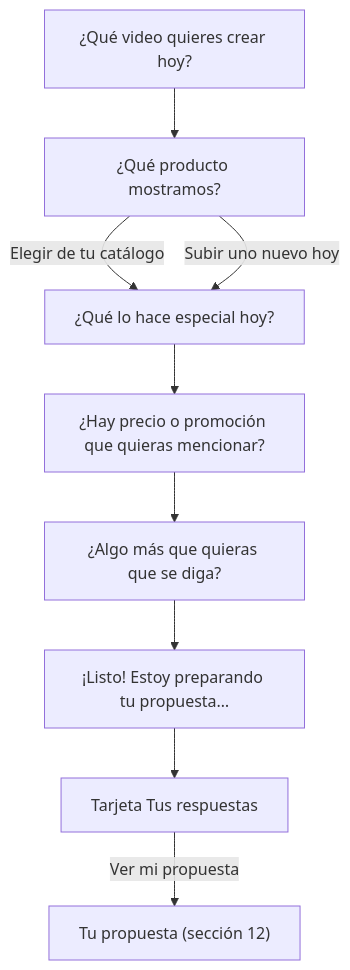
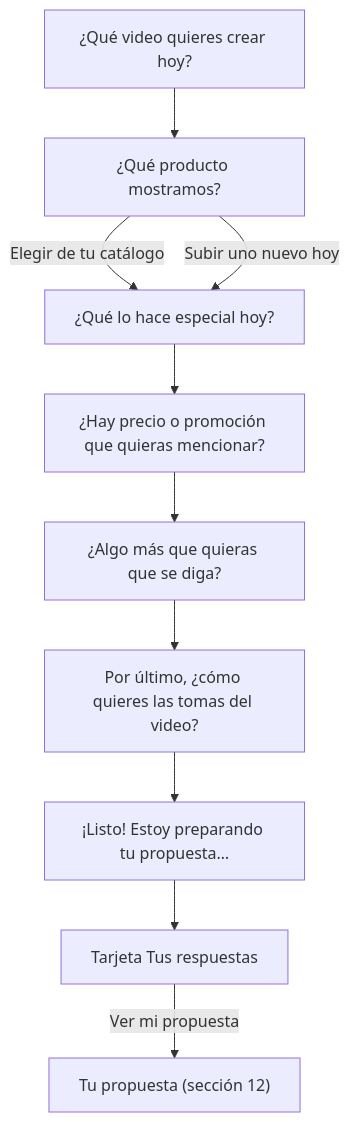
Before and after one commit to fabio2152/autoreel: the third of 4 diagrams in docs/manual-negocio.md, drawn with Mermaid. The commit also changed other lines of this file and 30 other files, not shown here.

````diff
--- a/docs/manual-negocio.md
+++ b/docs/manual-negocio.md
@@ -479,11 +479,12 @@
 ```mermaid
 flowchart TD
     A["¿Qué video quieres crear hoy?"] --> B["¿Qué producto mostramos?"]
     B -->|Elegir de tu catálogo| C["¿Qué lo hace especial hoy?"]
     B -->|Subir uno nuevo hoy| C
     C --> D["¿Hay precio o promoción que quieras mencionar?"]
     D --> E["¿Algo más que quieras que se diga?"]
-    E --> F["¡Listo! Estoy preparando tu propuesta…"]
+    E --> E2["Por último, ¿cómo quieres las tomas del video?"]
+    E2 --> F["¡Listo! Estoy preparando tu propuesta…"]
     F --> G[Tarjeta Tus respuestas]
     G -->|Ver mi propuesta| H["Tu propuesta (sección 12)"]
 ```
````
